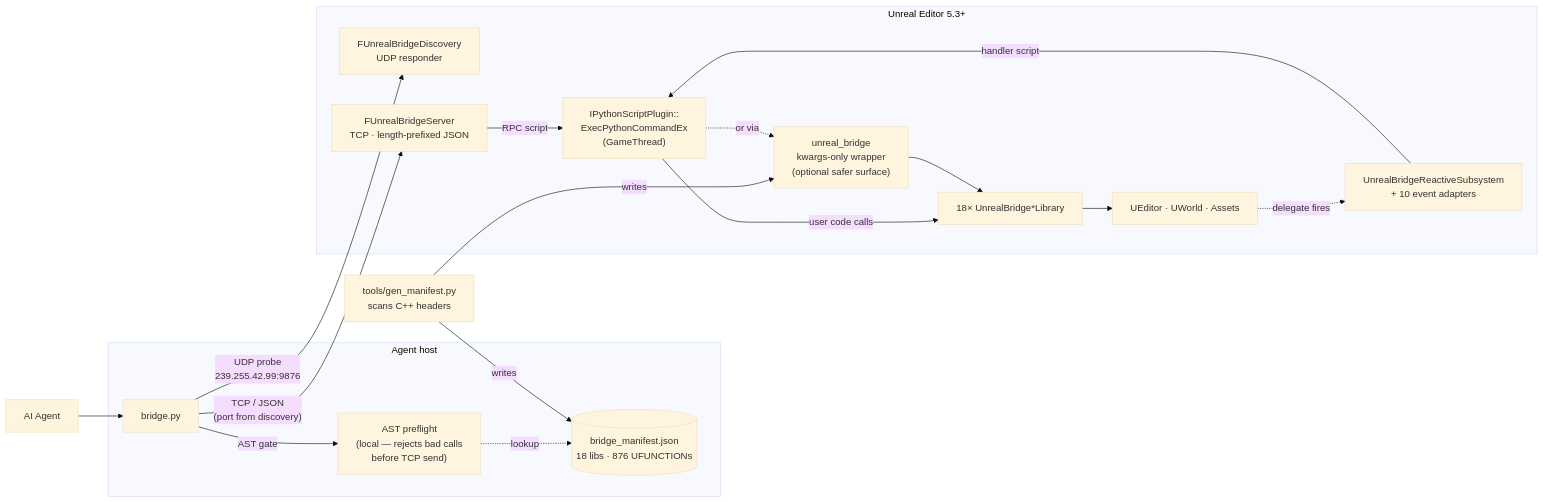
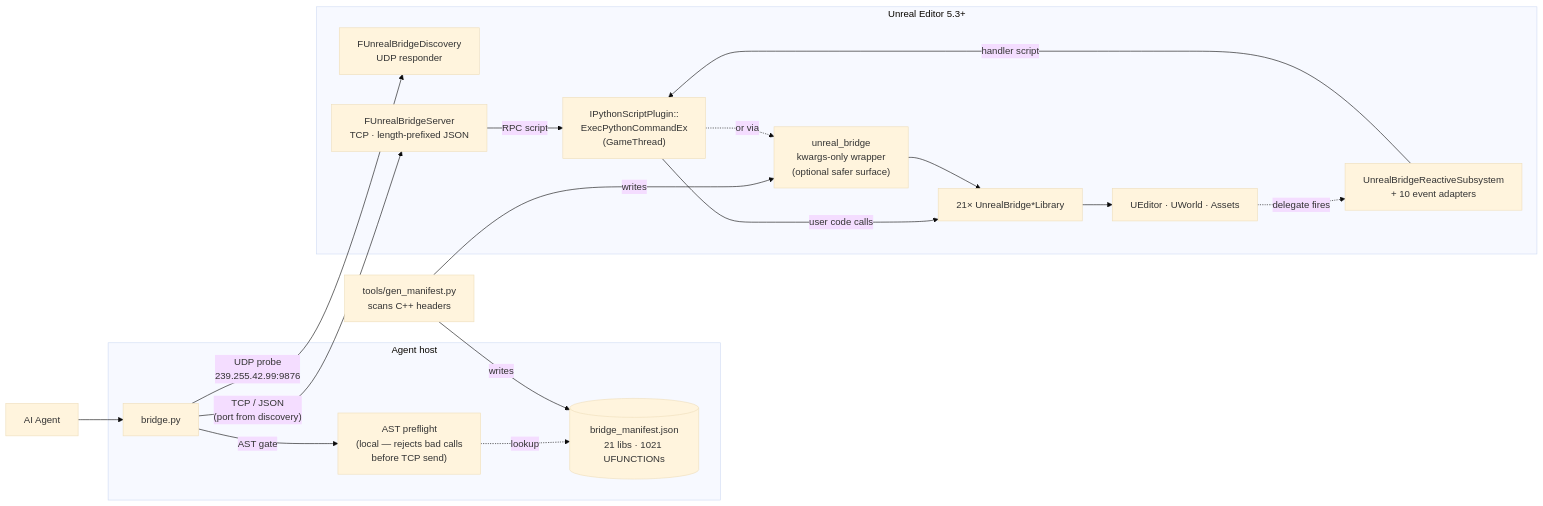
Before and after one commit to Jeffreytsai1004/UnrealBridge: the diagram in README.md, drawn with Mermaid (base theme). The commit also changed other lines of this file and 3 other files, not shown here.

````diff
--- a/README.md
+++ b/README.md
@@ -41,40 +41,40 @@
 ```mermaid
 flowchart LR
     Agent["AI Agent"]
 
     subgraph Host["Agent host"]
       CLI["bridge.py"]
       Pre["AST preflight<br/>(local — rejects bad calls<br/>before TCP send)"]
-      Mani[("bridge_manifest.json<br/>18 libs · 876 UFUNCTIONs")]
+      Mani[("bridge_manifest.json<br/>21 libs · 1021 UFUNCTIONs")]
     end
 
     Gen["tools/gen_manifest.py<br/>scans C++ headers"]
 
     subgraph UE["Unreal Editor 5.3+"]
       Disc["FUnrealBridgeDiscovery<br/>UDP responder"]
       Server["FUnrealBridgeServer<br/>TCP · length-prefixed JSON"]
       Reactive["UnrealBridgeReactiveSubsystem<br/>+ 10 event adapters"]
       Exec["IPythonScriptPlugin::<br/>ExecPythonCommandEx<br/>(GameThread)"]
       Wrap["unreal_bridge<br/>kwargs-only wrapper<br/>(optional safer surface)"]
-      Libs["18× UnrealBridge*Library"]
+      Libs["21× UnrealBridge*Library"]
       Engine["UEditor · UWorld · Assets"]
     end
 
     Agent --> CLI
     CLI -- "AST gate" --> Pre
     Pre -. "lookup" .-> Mani
 
     Gen -- "writes" --> Mani
     Gen -- "writes" --> Wrap
 
     CLI -- "UDP probe<br/>239.255.42.99:9876" --> Disc
     CLI -- "TCP / JSON<br/>(port from discovery)" --> Server
     Server -- "RPC script" --> Exec
     Engine -. "delegate fires" .-> Reactive
     Reactive -- "handler script" --> Exec
 
     Exec -- "user code calls" --> Libs
     Exec -. "or via" .-> Wrap
     Wrap --> Libs
     Libs --> Engine
 ```
````
